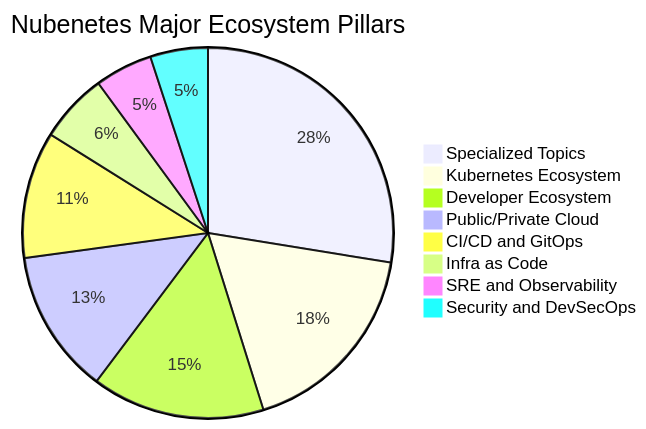
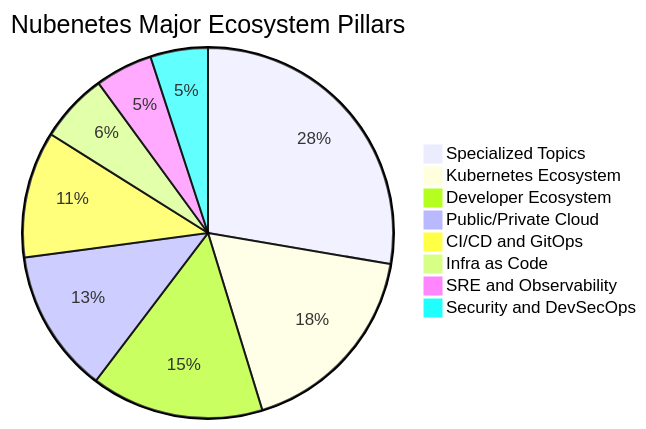
Before and after one commit to nubenetes/awesome-kubernetes: the second of 14 diagrams in README.md, drawn with Mermaid. The commit also changed other lines of this file and 48 other files, not shown here.

````diff
--- a/README.md
+++ b/README.md
@@ -308,11 +308,11 @@
 ```mermaid
 pie title Nubenetes Major Ecosystem Pillars
-    "Specialized Topics" : 5478
+    "Specialized Topics" : 5514
     "Kubernetes Ecosystem" : 3500
     "Developer Ecosystem" : 3000
     "Public/Private Cloud" : 2500
     "CI/CD and GitOps" : 2200
     "Infra as Code" : 1200
     "SRE and Observability" : 1000
     "Security and DevSecOps" : 1000
 ```
````
